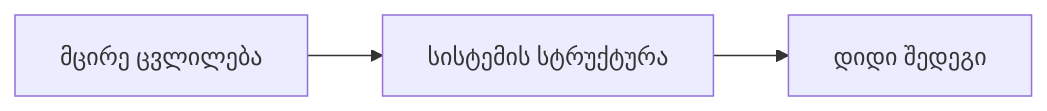
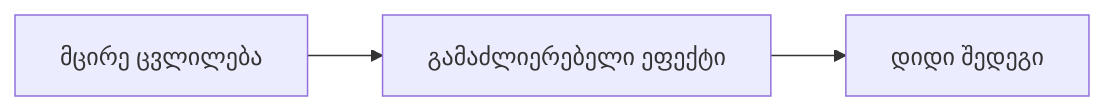
One commit to DavidTbilisi/BookSummary changed the tenth of 25 diagrams in books/src/007.md. Above: the diagram before and after it, drawn with Mermaid. The commit also changed other lines of this file and 10 other files, not shown here.

````diff
--- a/books/src/007.md
+++ b/books/src/007.md
@@ -128,5 +174,4 @@
 ```mermaid
 flowchart LR
-  SmallChange[მცირე ცვლილება] --> SystemStructure[სისტემის სტრუქტურა]
-  SystemStructure --> BigOutcome[დიდი შედეგი]
+  SmallInput[მცირე ცვლილება] --> Amplification[გამაძლიერებელი ეფექტი] --> LargeOutcome[დიდი შედეგი]
 ```
````
